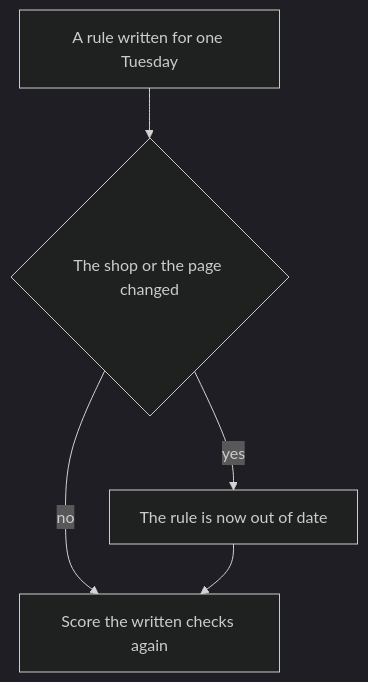
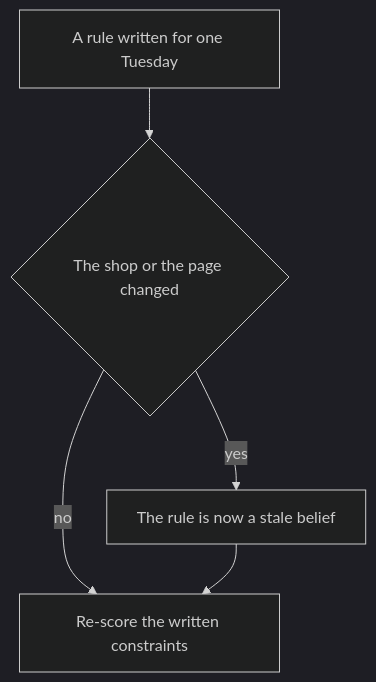
Before and after one commit to junlinghu/book-agents: the first of 2 diagrams in chapters/ch27-open-problems/README.md, drawn with Mermaid (dark theme). The commit also changed other lines of this file and 1 other file, not shown here.

````diff
--- a/chapters/ch27-open-problems/README.md
+++ b/chapters/ch27-open-problems/README.md
@@ -78,11 +66,11 @@
 ```mermaid
 flowchart TD
   ruleNode["A rule written for one Tuesday"]
   changeNode{"The shop or the page changed"}
-  staleNode["The rule is now out of date"]
-  scoreNode["Score the written checks again"]
+  staleNode["The rule is now a stale belief"]
+  scoreNode["Re-score the written constraints"]
   ruleNode --> changeNode
   changeNode -->|yes| staleNode
   changeNode -->|no| scoreNode
   staleNode --> scoreNode
 ```
````
